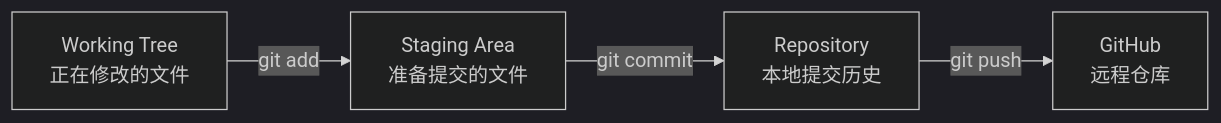
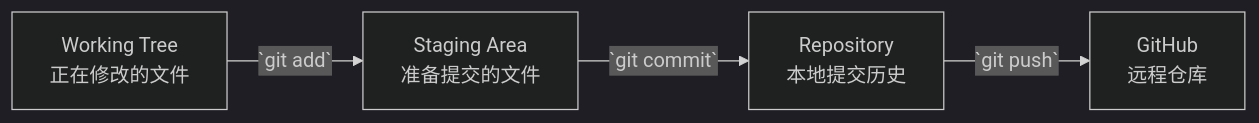
One commit to inaku-Gyan/RM-EC-Tutorial-2026-Summer changed the first of 6 diagrams in slides.md. Above: the diagram before and after it, drawn with Mermaid (dark theme). The commit also changed other lines of this file, not shown here.

````diff
--- a/slides.md
+++ b/slides.md
@@ -119,6 +47,6 @@
 ```mermaid
 flowchart LR
-  WT[Working Tree<br/>正在修改的文件] -->|git add| SA[Staging Area<br/>准备提交的文件]
-  SA -->|git commit| REPO[Repository<br/>本地提交历史]
-  REPO -->|git push| GH[GitHub<br/>远程仓库]
+  WT[Working Tree<br/>正在修改的文件] -->|`git add`| SA[Staging Area<br/>准备提交的文件]
+  SA -->|`git commit`| REPO[Repository<br/>本地提交历史]
+  REPO -->|`git push`| GH[GitHub<br/>远程仓库]
 ```
````
